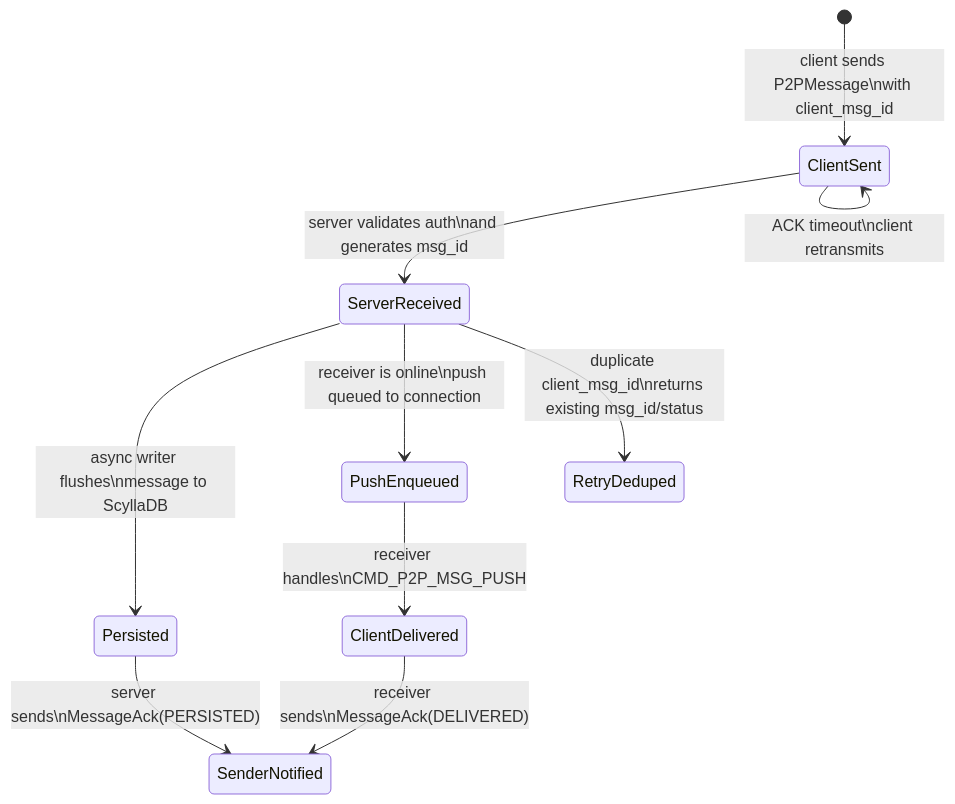
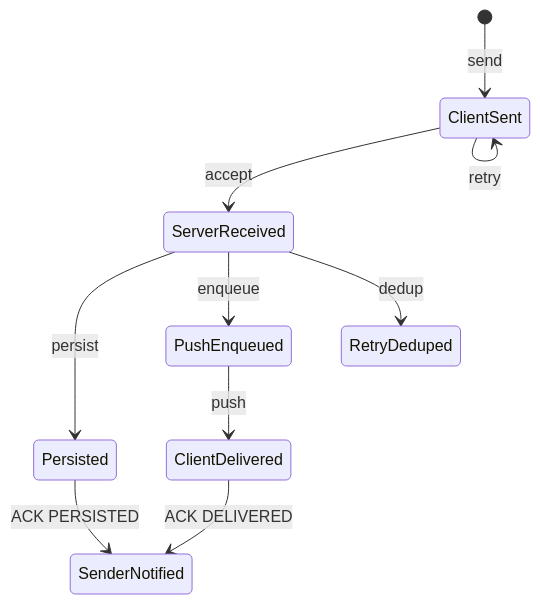
One commit to sususu5/TermChat changed the diagram in docs/message-reliability.md. Above: the diagram before and after it, drawn with Mermaid. The commit also changed other lines of this file, not shown here.

Commit message:
docs(design): fixed too long names

````diff
--- a/docs/message-reliability.md
+++ b/docs/message-reliability.md
@@ -7,12 +7,12 @@
 ```mermaid
 stateDiagram-v2
-    [*] --> ClientSent: client sends P2PMessage\nwith client_msg_id
-    ClientSent --> ServerReceived: server validates auth\nand generates msg_id
-    ServerReceived --> Persisted: async writer flushes\nmessage to ScyllaDB
-    ServerReceived --> PushEnqueued: receiver is online\npush queued to connection
-    PushEnqueued --> ClientDelivered: receiver handles\nCMD_P2P_MSG_PUSH
-    ClientDelivered --> SenderNotified: receiver sends\nMessageAck(DELIVERED)
-    Persisted --> SenderNotified: server sends\nMessageAck(PERSISTED)
-    ServerReceived --> RetryDeduped: duplicate client_msg_id\nreturns existing msg_id/status
-    ClientSent --> ClientSent: ACK timeout\nclient retransmits
+    [*] --> ClientSent: send
+    ClientSent --> ServerReceived: accept
+    ServerReceived --> Persisted: persist
+    ServerReceived --> PushEnqueued: enqueue
+    PushEnqueued --> ClientDelivered: push
+    Persisted --> SenderNotified: ACK PERSISTED
+    ClientDelivered --> SenderNotified: ACK DELIVERED
+    ClientSent --> ClientSent: retry
+    ServerReceived --> RetryDeduped: dedup
 ```
````
